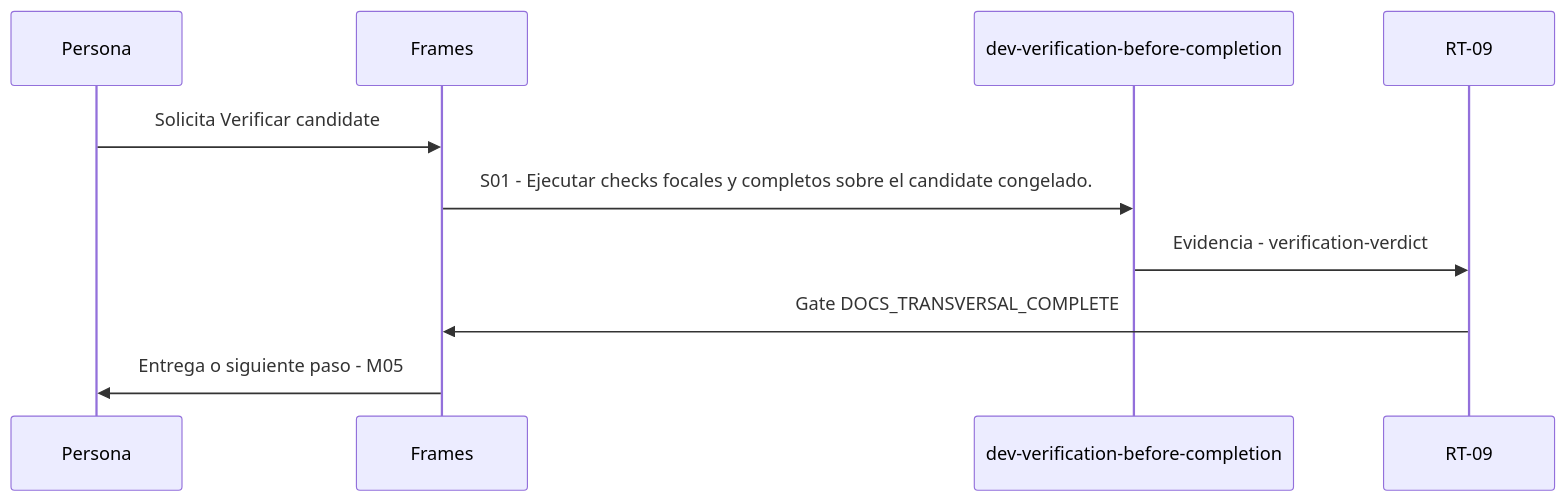
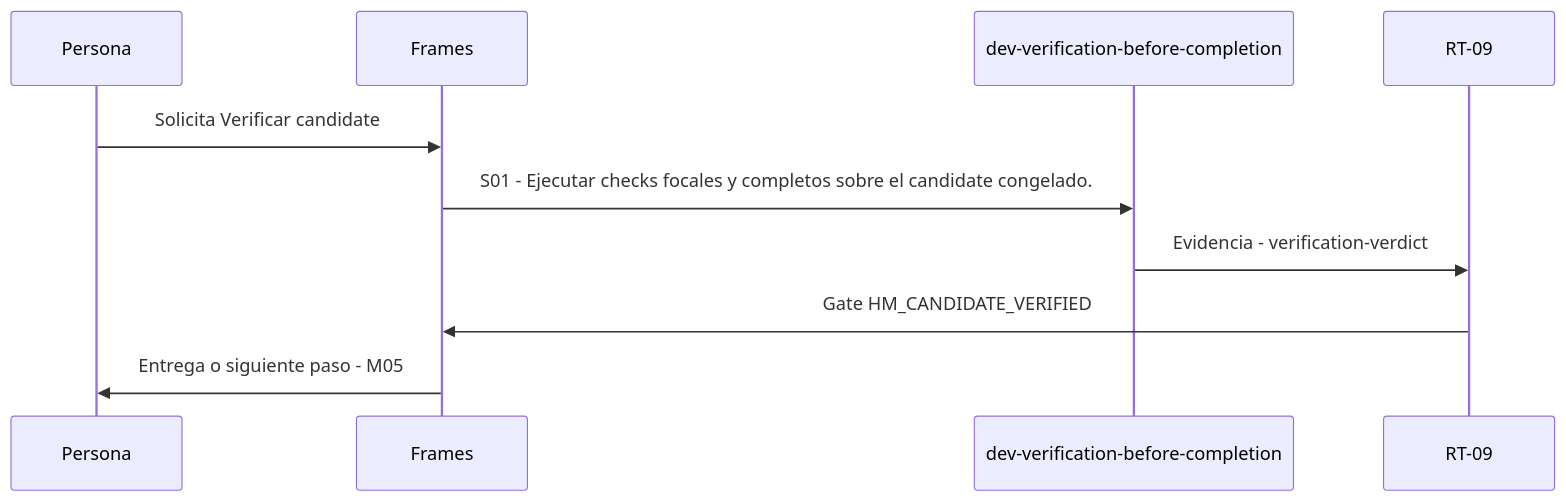
Before and after one commit to Francixco90/metodologia-frames-agent-os: the diagram in 01_intencion/reference/workflows/m04.md, drawn with Mermaid. The commit also changed other lines of this file and 19 other files, not shown here.

````diff
--- a/01_intencion/reference/workflows/m04.md
+++ b/01_intencion/reference/workflows/m04.md
@@ -37,12 +37,12 @@
 ```mermaid
 sequenceDiagram
   participant a0_Persona as Persona
   participant a1_Frames as Frames
   participant a2_dev_verification_before_completion as dev-verification-before-completion
   participant a3_RT_09 as RT-09
   a0_Persona->>a1_Frames: Solicita Verificar candidate
   a1_Frames->>a2_dev_verification_before_completion: S01 - Ejecutar checks focales y completos sobre el candidate congelado.
   a2_dev_verification_before_completion->>a3_RT_09: Evidencia - verification-verdict
-  a3_RT_09->>a1_Frames: Gate DOCS_TRANSVERSAL_COMPLETE
+  a3_RT_09->>a1_Frames: Gate HM_CANDIDATE_VERIFIED
   a1_Frames->>a0_Persona: Entrega o siguiente paso - M05
 ```
````
